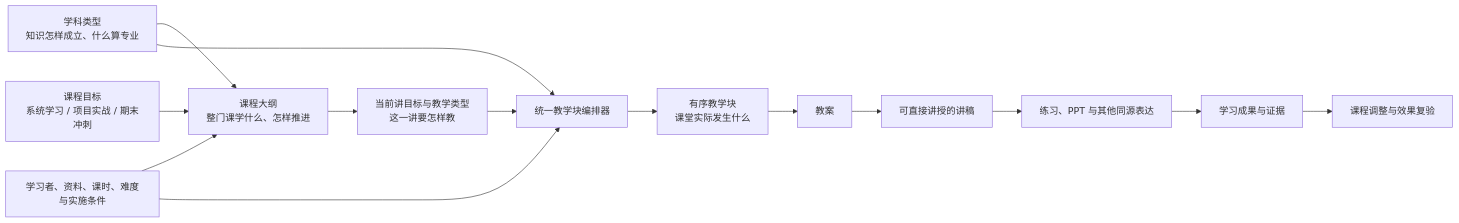
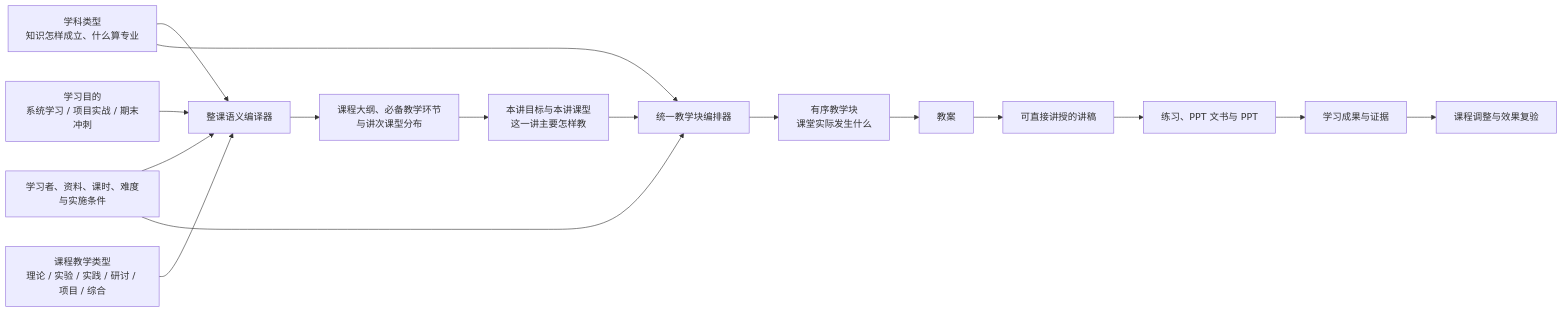
The second of 3 diagrams in docs/产品蓝图.md (elgoog577215-beep/hackthon), drawn with Mermaid before and after one commit. The commit also changed other lines of this file and 31 other files, not shown here.

````diff
--- a/docs/产品蓝图.md
+++ b/docs/产品蓝图.md
@@ -50,16 +50,18 @@
 ```mermaid
 flowchart LR
-    A["课程目标<br/>系统学习 / 项目实战 / 期末冲刺"] --> D["课程大纲<br/>整门课学什么、怎样推进"]
-    B["学科类型<br/>知识怎样成立、什么算专业"] --> D
-    C["学习者、资料、课时、难度与实施条件"] --> D
-    D --> E["当前讲目标与教学类型<br/>这一讲要怎样教"]
-    B --> F["统一教学块编排器"]
-    C --> F
-    E --> F
-    F --> G["有序教学块<br/>课堂实际发生什么"]
-    G --> H["教案"]
-    H --> I["可直接讲授的讲稿"]
-    I --> J["练习、PPT 与其他同源表达"]
-    J --> K["学习成果与证据"]
-    K --> L["课程调整与效果复验"]
+    A["学习目的<br/>系统学习 / 项目实战 / 期末冲刺"] --> E["整课语义编译器"]
+    B["学科类型<br/>知识怎样成立、什么算专业"] --> E
+    C["课程教学类型<br/>理论 / 实验 / 实践 / 研讨 / 项目 / 综合"] --> E
+    D["学习者、资料、课时、难度与实施条件"] --> E
+    E --> F["课程大纲、必备教学环节<br/>与讲次课型分布"]
+    F --> G["本讲目标与本讲课型<br/>这一讲主要怎样教"]
+    B --> H["统一教学块编排器"]
+    D --> H
+    G --> H
+    H --> I["有序教学块<br/>课堂实际发生什么"]
+    I --> J["教案"]
+    J --> K["可直接讲授的讲稿"]
+    K --> L["练习、PPT 文书与 PPT"]
+    L --> M["学习成果与证据"]
+    M --> N["课程调整与效果复验"]
 ```
````
